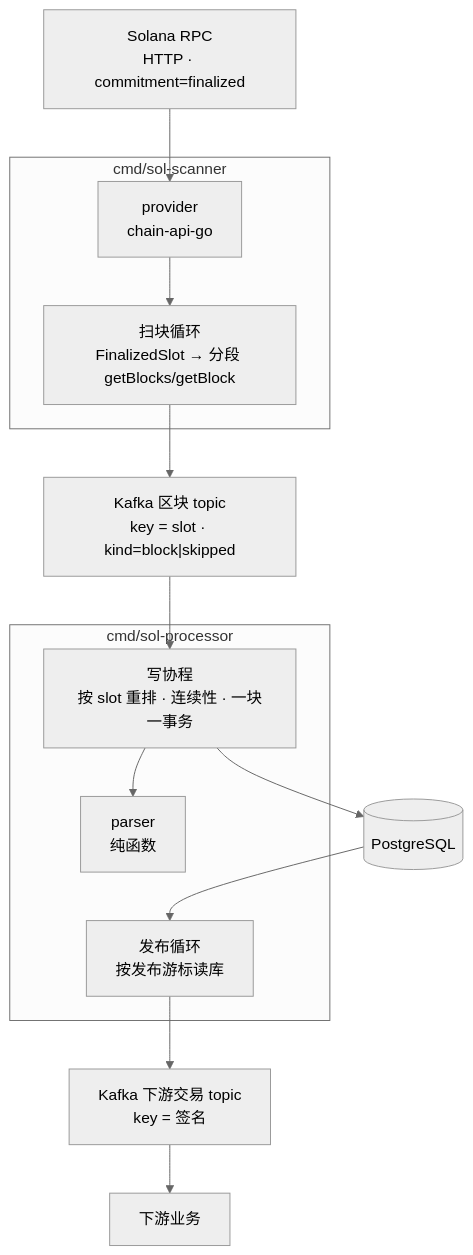
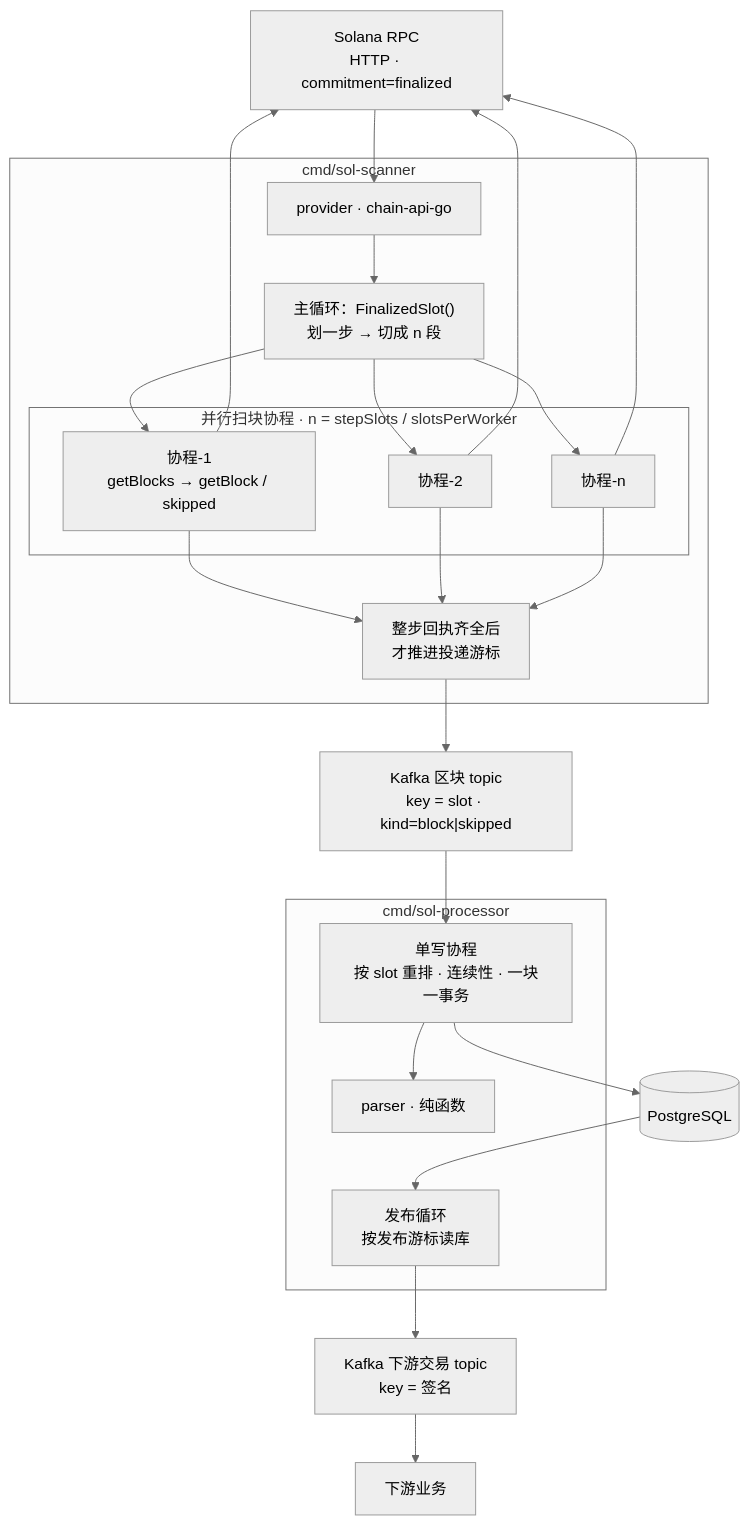
One commit to Stone-afk/sol-scanner-service changed the first of 3 diagrams in README.md. Above: the diagram before and after it, drawn with Mermaid (neutral theme). The commit also changed other lines of this file, not shown here.

Commit message:
docs(readme): show scanner worker fan-out in architecture diagrams

````diff
--- a/README.md
+++ b/README.md
@@ -11,23 +11,32 @@
 ```mermaid
 flowchart TB
     RPC["Solana RPC<br/>HTTP · commitment=finalized"]
     subgraph SCAN["cmd/sol-scanner"]
-        PROV["provider<br/>chain-api-go"]
-        LOOP["扫块循环<br/>FinalizedSlot → 分段 getBlocks/getBlock"]
+        PROV["provider · chain-api-go"]
+        STEP["主循环：FinalizedSlot()<br/>划一步 → 切成 n 段"]
+        subgraph WORKERS["并行扫块协程 · n = stepSlots / slotsPerWorker"]
+            W1["协程-1<br/>getBlocks → getBlock / skipped"]
+            W2["协程-2"]
+            WN["协程-n"]
+        end
+        JOIN["整步回执齐全后<br/>才推进投递游标"]
     end
     Q["Kafka 区块 topic<br/>key = slot · kind=block|skipped"]
     subgraph PROC["cmd/sol-processor"]
-        WR["写协程<br/>按 slot 重排 · 连续性 · 一块一事务"]
-        PARSE["parser<br/>纯函数"]
+        WR["单写协程<br/>按 slot 重排 · 连续性 · 一块一事务"]
+        PARSE["parser · 纯函数"]
         PUB["发布循环<br/>按发布游标读库"]
     end
     DB[("PostgreSQL")]
     TX["Kafka 下游交易 topic<br/>key = 签名"]
     DOWN["下游业务"]
 
-    RPC --> PROV --> LOOP --> Q
+    RPC --> PROV --> STEP
+    STEP --> W1 & W2 & WN
+    W1 & W2 & WN --> RPC
+    W1 & W2 & WN --> JOIN --> Q
     Q --> WR
     WR --> PARSE
     WR --> DB
     DB --> PUB --> TX --> DOWN
 ```
````
